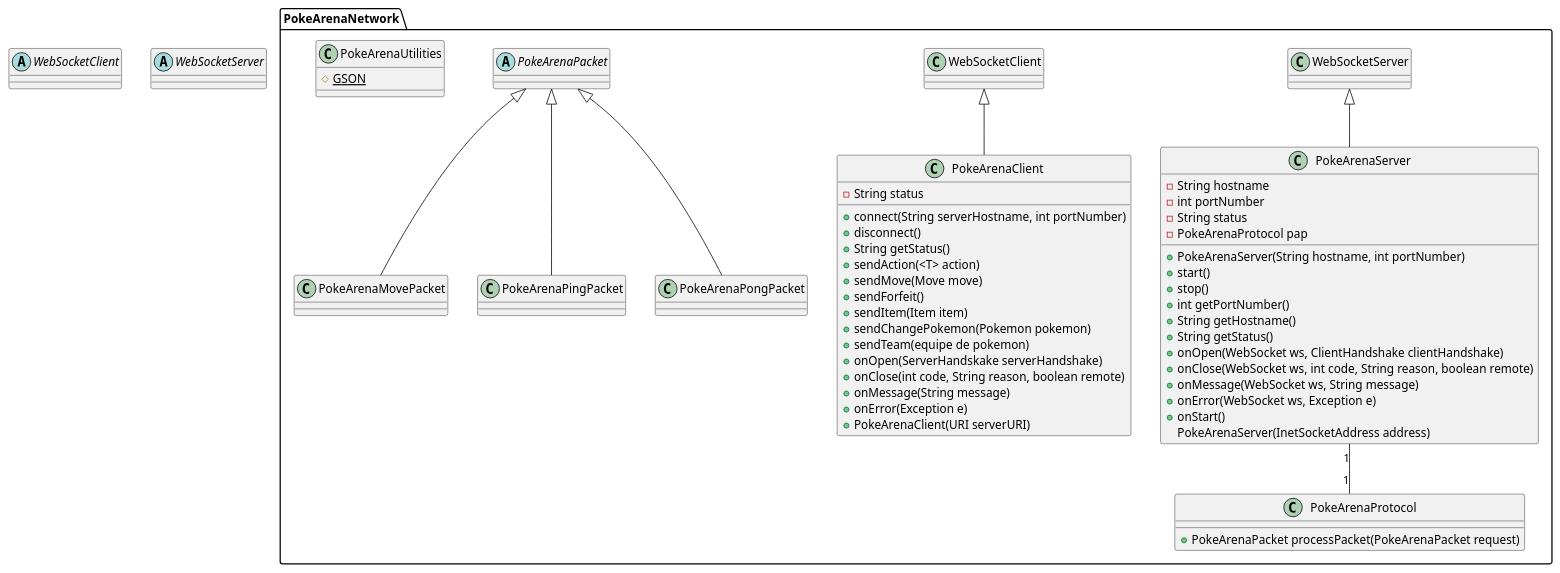
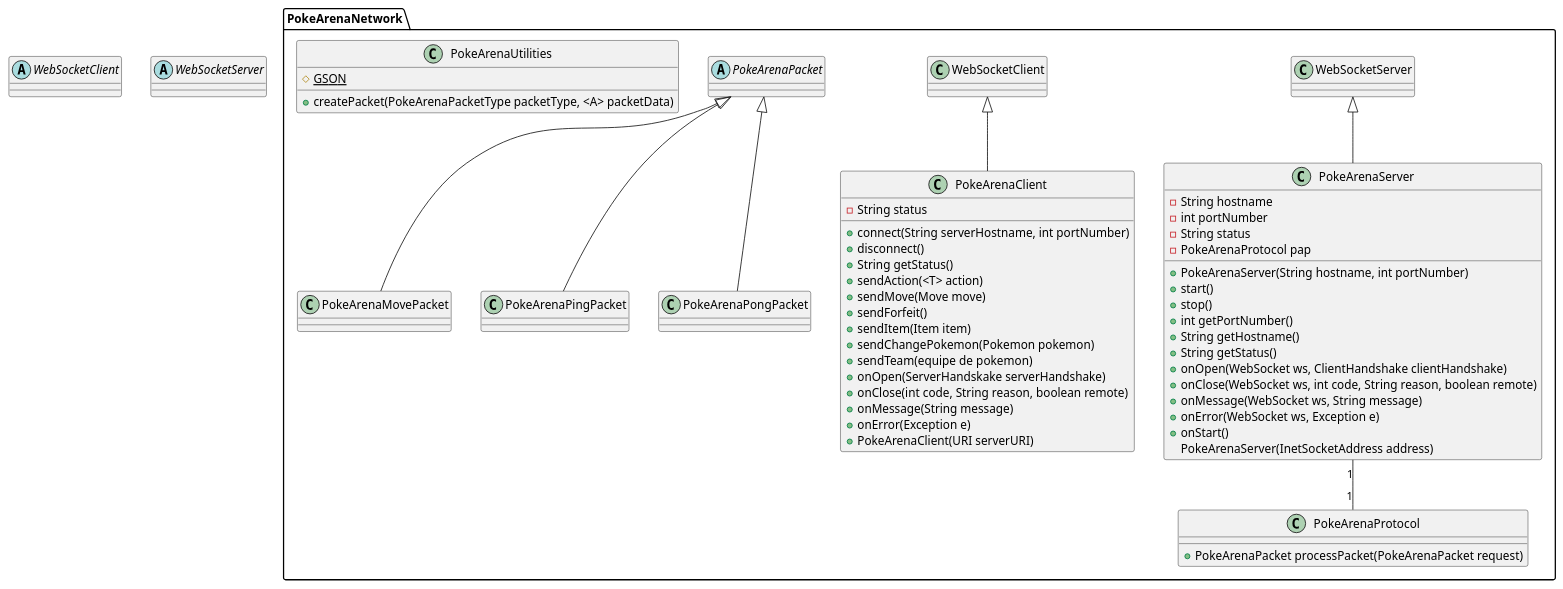
The diagram in PokeArenaNetwork/PokeArenaNetwork-Class-Diagram.puml (greenananas/PokeArena), drawn with PlantUML before and after one commit. The commit also changed 9 other files, not shown here.

```diff
--- a/PokeArenaNetwork/PokeArenaNetwork-Class-Diagram.puml
+++ b/PokeArenaNetwork/PokeArenaNetwork-Class-Diagram.puml
@@ -1,63 +1,64 @@
 @startuml
 'https://plantuml.com/sequence-diagram
 
 abstract WebSocketClient {}
 abstract WebSocketServer {}
 
 package PokeArenaNetwork {
 
 class PokeArenaServer extends WebSocketServer {
 -String hostname
 -int portNumber
 -String status
 -PokeArenaProtocol pap
 +PokeArenaServer(String hostname, int portNumber)
 +start()
 +stop()
 +int getPortNumber()
 +String getHostname()
 +String getStatus()
 +onOpen(WebSocket ws, ClientHandshake clientHandshake)
 +onClose(WebSocket ws, int code, String reason, boolean remote)
 +onMessage(WebSocket ws, String message)
 +onError(WebSocket ws, Exception e)
 +onStart()
 PokeArenaServer(InetSocketAddress address)
 }
 
 PokeArenaServer "1" -- "1" PokeArenaProtocol
 
 class PokeArenaClient extends WebSocketClient {
 -String status
 +connect(String serverHostname, int portNumber)
 +disconnect()
 +String getStatus()
 +sendAction(<T> action)
 +sendMove(Move move)
 +sendForfeit()
 +sendItem(Item item)
 +sendChangePokemon(Pokemon pokemon)
 +sendTeam(equipe de pokemon)
 +onOpen(ServerHandskake serverHandshake)
 +onClose(int code, String reason, boolean remote)
 +onMessage(String message)
 +onError(Exception e)
 +PokeArenaClient(URI serverURI)
 }
 
 class PokeArenaProtocol{
     +PokeArenaPacket processPacket(PokeArenaPacket request)
 }
 
 abstract PokeArenaPacket {
 }
 
 class PokeArenaMovePacket extends PokeArenaPacket
 class PokeArenaPingPacket extends PokeArenaPacket
 class PokeArenaPongPacket extends PokeArenaPacket
 
 class PokeArenaUtilities {
 #{static}GSON
++createPacket(PokeArenaPacketType packetType, <A> packetData)
 }
 
 @enduml
```
